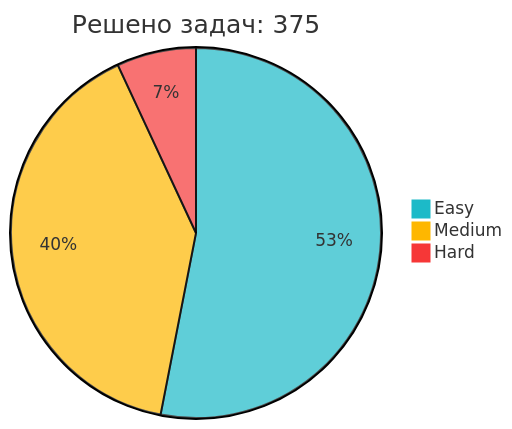
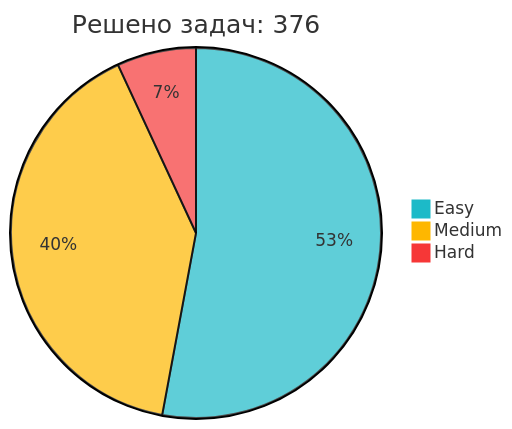
The diagram in README.md (IliaKurdukov/IliaKurdukov), drawn with Mermaid before and after one commit. The commit also changed other lines of this file, not shown here.

Commit message:
📈 Обновление статистики LeetCode

````diff
--- a/README.md
+++ b/README.md
@@ -51,7 +51,7 @@
 ```mermaid
 %%{init: {'theme': 'base', 'themeVariables': { 'pie1': '#1CBAC8', 'pie2': '#FEB700', 'pie3': '#F63737' }, 'config': {'width': 300, 'height': 200}}}%%
-pie title Решено задач: 375
+pie title Решено задач: 376
    "Easy" : 199
-   "Medium" : 150
+   "Medium" : 151
    "Hard" : 26
 ```
````
